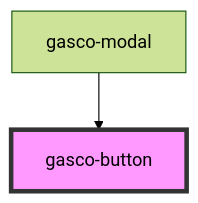
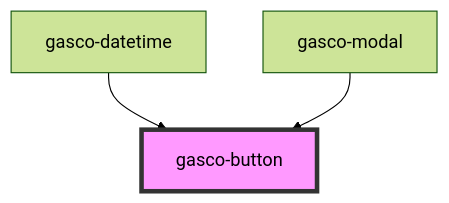
Before and after one commit to lac617a/gasco-core: the diagram in core/src/components/gasco-button/readme.md, drawn with Mermaid (forest theme). The commit also changed other lines of this file and 881 other files, not shown here.

````diff
--- a/core/src/components/gasco-button/readme.md
+++ b/core/src/components/gasco-button/readme.md
@@ -84,5 +85,6 @@
 ```mermaid
 graph TD;
+  gasco-datetime --> gasco-button
   gasco-modal --> gasco-button
   style gasco-button fill:#f9f,stroke:#333,stroke-width:4px
 ```
````
